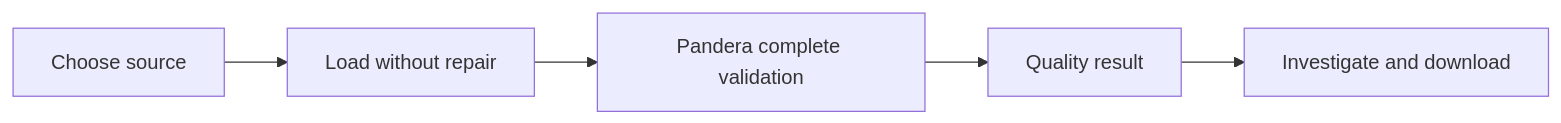
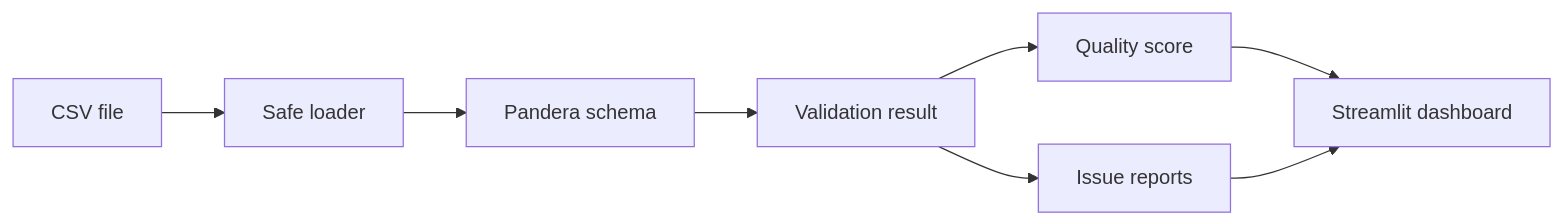
Before and after one commit to JunusEmre/production-data-quality-inspector: the diagram in README.md, drawn with Mermaid. The commit also changed other lines of this file and 6 other files, not shown here.

Commit message:
Revise README to clarify project scope and features, emphasizing the reusable data-validation capabilities for manufacturing CSV files. Update sections on the validation engine, dashboard, and inspection overview, and include detailed findings and metrics for better user understanding.

````diff
--- a/README.md
+++ b/README.md
@@ -31,7 +69,10 @@
 ```mermaid
 flowchart LR
-    A[Choose source] --> B[Load without repair]
-    B --> C[Pandera complete validation]
-    C --> D[Quality result]
-    D --> E[Investigate and download]
+    A[CSV file] --> B[Safe loader]
+    B --> C[Pandera schema]
+    C --> D[Validation result]
+    D --> E[Quality score]
+    D --> F[Issue reports]
+    E --> G[Streamlit dashboard]
+    F --> G
 ```
````
